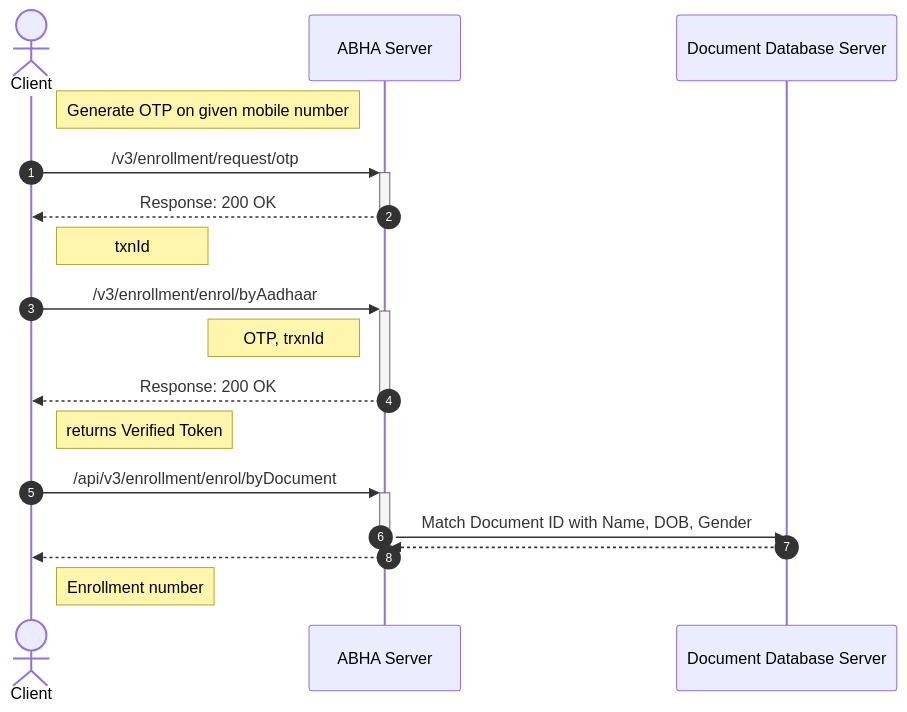
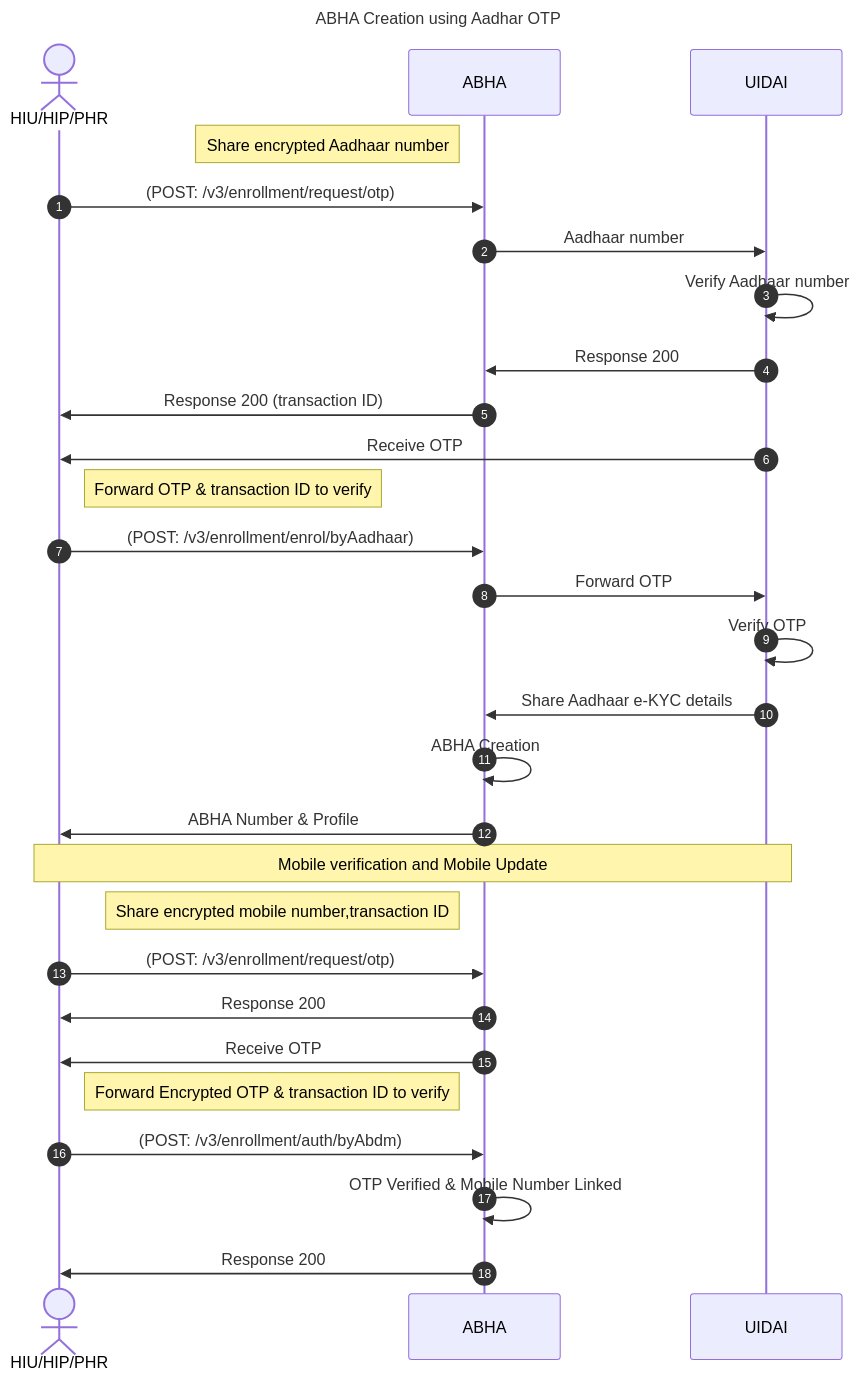
The diagram in content/2-milestone1/abha-number/driving-license.md (kiranma72/abdm-docs), drawn with Mermaid before and after one commit. The commit also changed other lines of this file, not shown here.

Commit message:
debug DL seq diag

```diff
--- a/content/2-milestone1/abha-number/driving-license.md
+++ b/content/2-milestone1/abha-number/driving-license.md
@@ -83,21 +83,29 @@
 {{< mermaid >}}
 %%{init:{"fontSize": "1.0rem", "sequence":{"showSequenceNumbers":true}}}%%
 sequenceDiagram
-autonumber
-actor Client
-participant ABHA Server
-participant Document Database Server
-note left of ABHA Server : Generate OTP on given mobile number
-Client->>+ABHA Server: /v3/enrollment/request/otp
-ABHA Server-->>-Client: Response: 200 OK 
-note right of Client : txnId
-Client->>+ABHA Server: /v3/enrollment/enrol/byAadhaar
-note left of ABHA Server : OTP, trxnId
-ABHA Server-->>-Client: Response: 200 OK 
-note right of Client : returns Verified Token
-Client->>+ABHA Server: /api/v3/enrollment/enrol/byDocument
-ABHA Server->>Document Database Server: Match Document ID with Name, DOB, Gender
-Document Database Server-->>ABHA Server: 
-ABHA Server-->>-Client: 
-note right of Client : Enrollment number 
+title ABHA Creation using Aadhar OTP
+actor HIU/HIP/PHR
+Note left of ABHA: Share encrypted Aadhaar number
+HIU/HIP/PHR->>ABHA: (POST: /v3/enrollment/request/otp)
+ABHA->>UIDAI: Aadhaar number
+UIDAI->>UIDAI:Verify Aadhaar number
+UIDAI->>ABHA: Response 200
+ABHA->>HIU/HIP/PHR: Response 200 (transaction ID)
+UIDAI->>HIU/HIP/PHR:Receive OTP
+Note right of HIU/HIP/PHR: Forward OTP & transaction ID to verify
+HIU/HIP/PHR->>ABHA: (POST: /v3/enrollment/enrol/byAadhaar)
+ABHA->>UIDAI: Forward OTP
+UIDAI->>UIDAI: Verify OTP
+UIDAI->>ABHA: Share Aadhaar e-KYC details
+ABHA->>ABHA: ABHA Creation
+ABHA->>HIU/HIP/PHR: ABHA Number & Profile
+Note over HIU/HIP/PHR,UIDAI: Mobile verification and Mobile Update
+Note left of ABHA: Share encrypted mobile number,transaction ID
+HIU/HIP/PHR->>ABHA: (POST: /v3/enrollment/request/otp)
+ABHA->>HIU/HIP/PHR: Response 200 
+ABHA->>HIU/HIP/PHR:Receive OTP
+Note right of HIU/HIP/PHR: Forward Encrypted OTP & transaction ID to verify
+HIU/HIP/PHR->>ABHA: (POST: /v3/enrollment/auth/byAbdm)
+ABHA->>ABHA: OTP Verified & Mobile Number Linked
+ABHA->>HIU/HIP/PHR: Response 200
 {{< /mermaid >}}
```
